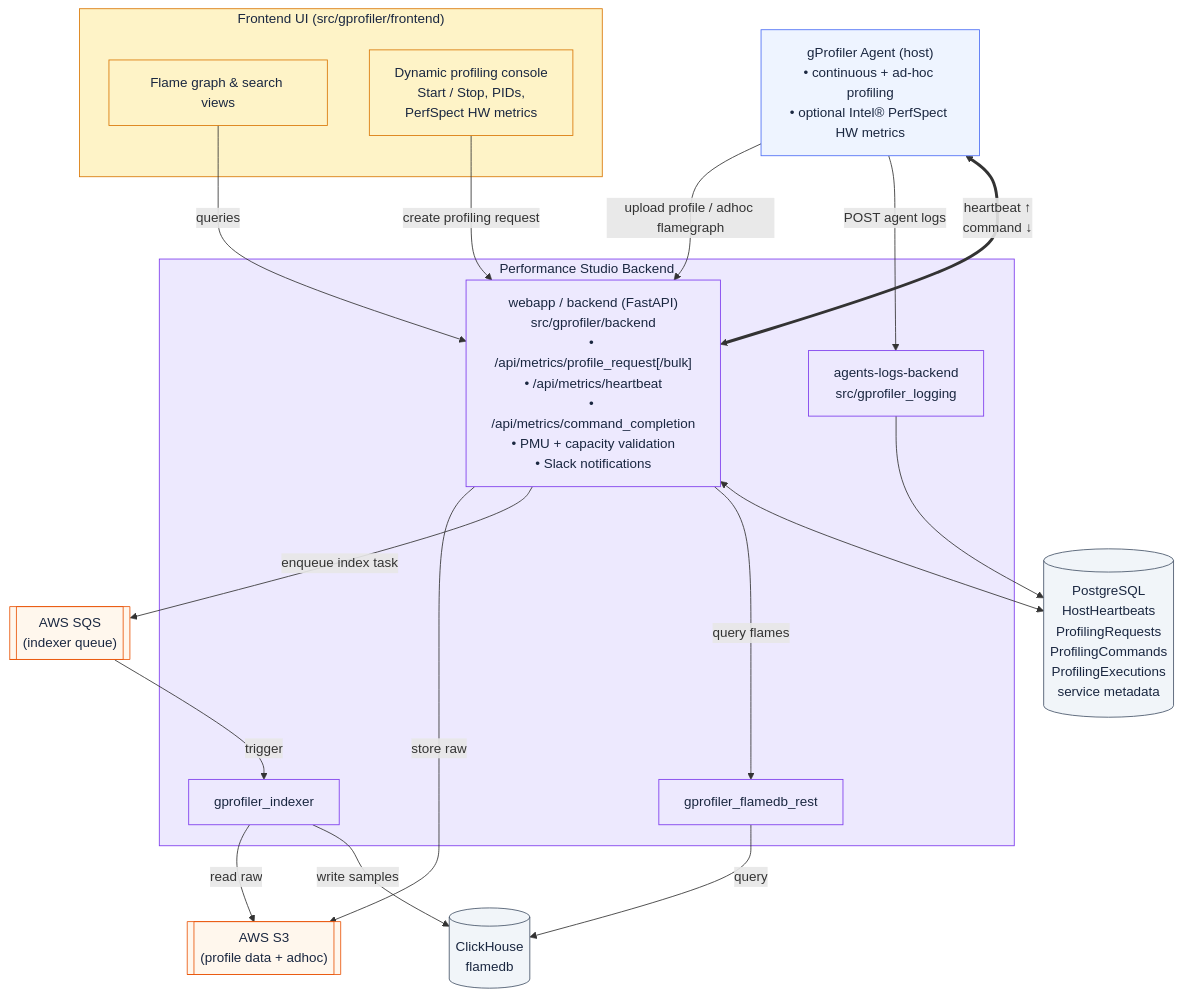
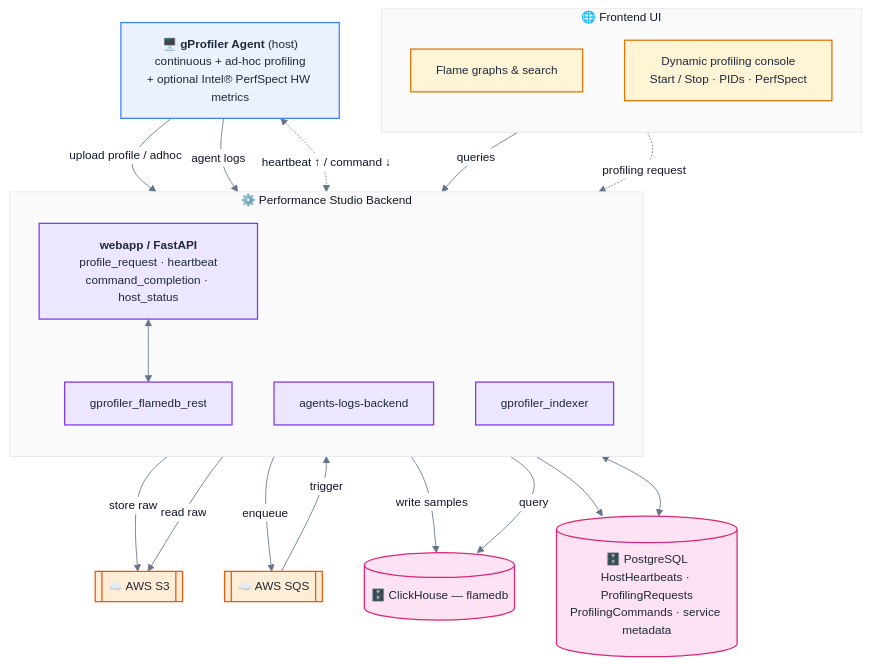
One commit to intel/gprofiler-performance-studio changed the diagram in README.md. Above: the diagram before and after it, drawn with Mermaid. The commit also changed other lines of this file, not shown here.

Commit message:
docs: restyle architecture diagram (grey canvas, Figma-y cards, dashed control plane)

````diff
--- a/README.md
+++ b/README.md
@@ -47,56 +51,62 @@
 ```mermaid
+%%{init: {
+  'theme': 'base',
+  'themeVariables': {
+    'background': '#f3f4f6',
+    'primaryColor': '#ffffff',
+    'primaryBorderColor': '#cbd5e1',
+    'primaryTextColor': '#0f172a',
+    'lineColor': '#64748b',
+    'fontFamily': 'Inter, ui-sans-serif, system-ui, sans-serif',
+    'fontSize': '14px'
+  }
+}}%%
 flowchart TB
-    classDef agent fill:#eef4ff,stroke:#4c6ef5,color:#1a2740
-    classDef backend fill:#ede9fe,stroke:#7c3aed,color:#1a2740
-    classDef ui fill:#fef3c7,stroke:#d97706,color:#1a2740
-    classDef store fill:#f1f5f9,stroke:#475569,color:#1a2740
-    classDef aws fill:#fff7ed,stroke:#ea580c,color:#1a2740
+    classDef agent fill:#eaf2ff,stroke:#3b82f6,stroke-width:1.5px,color:#1e293b
+    classDef ui    fill:#fff4d6,stroke:#d97706,stroke-width:1.5px,color:#1e293b
+    classDef be    fill:#ece6ff,stroke:#7c3aed,stroke-width:1.5px,color:#1e293b
+    classDef store fill:#fde2f3,stroke:#db2777,stroke-width:1.5px,color:#1e293b
+    classDef aws   fill:#ffedd5,stroke:#ea580c,stroke-width:1.5px,color:#1e293b
 
-    AGENT["gProfiler Agent (host)<br/>• continuous + ad-hoc profiling<br/>• optional Intel® PerfSpect HW metrics"]
-    class AGENT agent
+    AGENT["🖥️ <b>gProfiler Agent</b> (host)<br/>continuous + ad-hoc profiling<br/>+ optional Intel® PerfSpect HW metrics"]:::agent
 
-    subgraph UI["Frontend UI (src/gprofiler/frontend)"]
-        FG["Flame graph &amp; search views"]
-        CTRL["Dynamic profiling console<br/>Start / Stop, PIDs,<br/>PerfSpect HW metrics"]
+    subgraph UIBOX["🌐 Frontend UI"]
+      direction TB
+      FG["Flame graphs &amp; search"]:::ui
+      CTRL["Dynamic profiling console<br/>Start / Stop · PIDs · PerfSpect"]:::ui
     end
-    class UI,FG,CTRL ui
 
-    subgraph BE["Performance Studio Backend"]
-        WEBAPP["webapp / backend (FastAPI)<br/>src/gprofiler/backend<br/>• /api/metrics/profile_request[/bulk]<br/>• /api/metrics/heartbeat<br/>• /api/metrics/command_completion<br/>• PMU + capacity validation<br/>• Slack notifications"]
-        LOGSVC["agents-logs-backend<br/>src/gprofiler_logging"]
-        IDX["gprofiler_indexer"]
-        REST["gprofiler_flamedb_rest"]
+    subgraph BEBOX["⚙️ Performance Studio Backend"]
+      direction TB
+      WEBAPP["<b>webapp / FastAPI</b><br/>profile_request · heartbeat<br/>command_completion · host_status"]:::be
+      LOGSVC["agents-logs-backend"]:::be
+      IDX["gprofiler_indexer"]:::be
+      REST["gprofiler_flamedb_rest"]:::be
     end
-    class BE,WEBAPP,LOGSVC,IDX,REST backend
 
-    PG[("PostgreSQL<br/>HostHeartbeats<br/>ProfilingRequests<br/>ProfilingCommands<br/>ProfilingExecutions<br/>service metadata")]
-    CH[("ClickHouse<br/>flamedb")]
-    S3[["AWS S3<br/>(profile data + adhoc)"]]
-    SQS[["AWS SQS<br/>(indexer queue)"]]
-    class PG,CH store
-    class S3,SQS aws
+    PG[("🗄️ PostgreSQL<br/>HostHeartbeats · ProfilingRequests<br/>ProfilingCommands · service metadata")]:::store
+    CH[("🗄️ ClickHouse — flamedb")]:::store
+    S3[["☁️ AWS S3"]]:::aws
+    SQS[["☁️ AWS SQS"]]:::aws
 
-    %% --- Continuous data plane ---
-    AGENT -- "upload profile / adhoc flamegraph" --> WEBAPP
+    style UIBOX fill:#fafafa,stroke:#e5e7eb,stroke-width:1px,color:#0f172a
+    style BEBOX fill:#fafafa,stroke:#e5e7eb,stroke-width:1px,color:#0f172a
+
+    %% --- data plane (solid) ---
+    AGENT -- "upload profile / adhoc" --> WEBAPP
     WEBAPP -- "store raw" --> S3
-    WEBAPP -- "enqueue index task" --> SQS
+    WEBAPP -- "enqueue" --> SQS
     SQS -- "trigger" --> IDX
     IDX -- "read raw" --> S3
     IDX -- "write samples" --> CH
+    WEBAPP <--> REST
     REST -- "query" --> CH
-    WEBAPP -- "query flames" --> REST
+    AGENT -- "agent logs" --> LOGSVC
+    LOGSVC --> PG
+    WEBAPP <--> PG
+    FG -- "queries" --> WEBAPP
 
-    %% --- Logs ---
-    AGENT -- "POST agent logs" --> LOGSVC
-    LOGSVC --> PG
-
-    %% --- Metadata ---
-    WEBAPP <--> PG
-
-    %% --- Dynamic profiling control plane ---
-    AGENT <==> |"heartbeat &uarr;<br/>command &darr;"| WEBAPP
-    CTRL -- "create profiling request" --> WEBAPP
-
-    %% --- UI queries ---
-    FG -- "queries" --> WEBAPP
+    %% --- control plane (dashed) ---
+    AGENT <-. "heartbeat ↑ / command ↓" .-> WEBAPP
+    CTRL -. "profiling request" .-> WEBAPP
 ```
````
